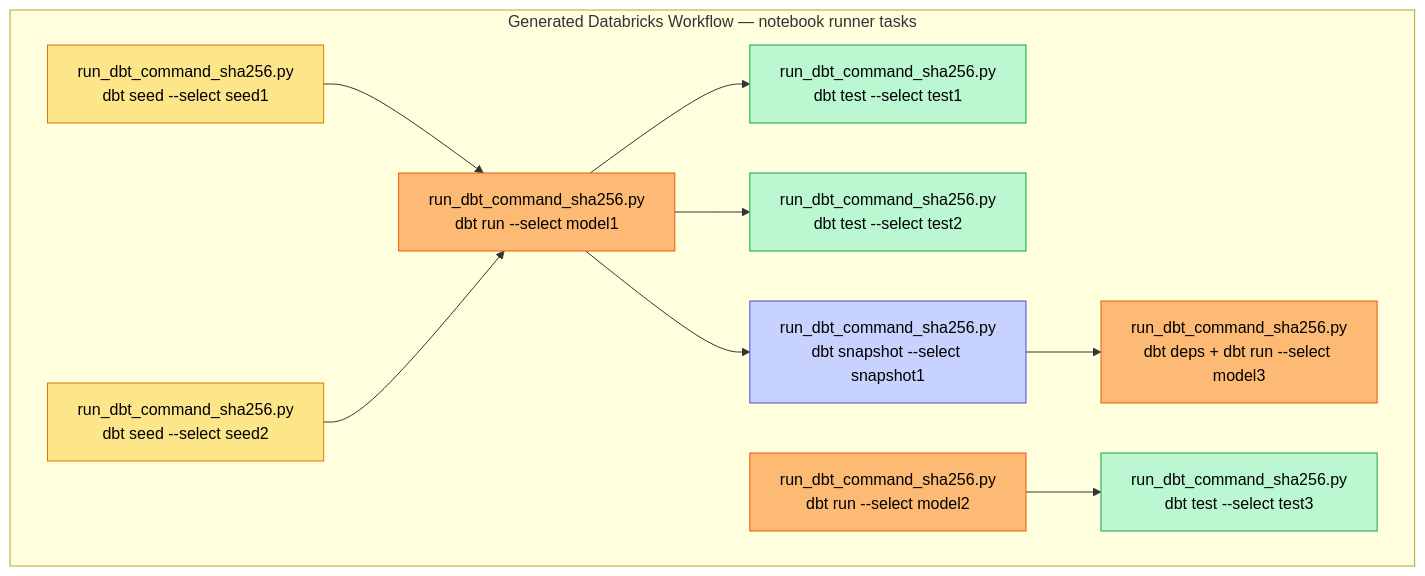
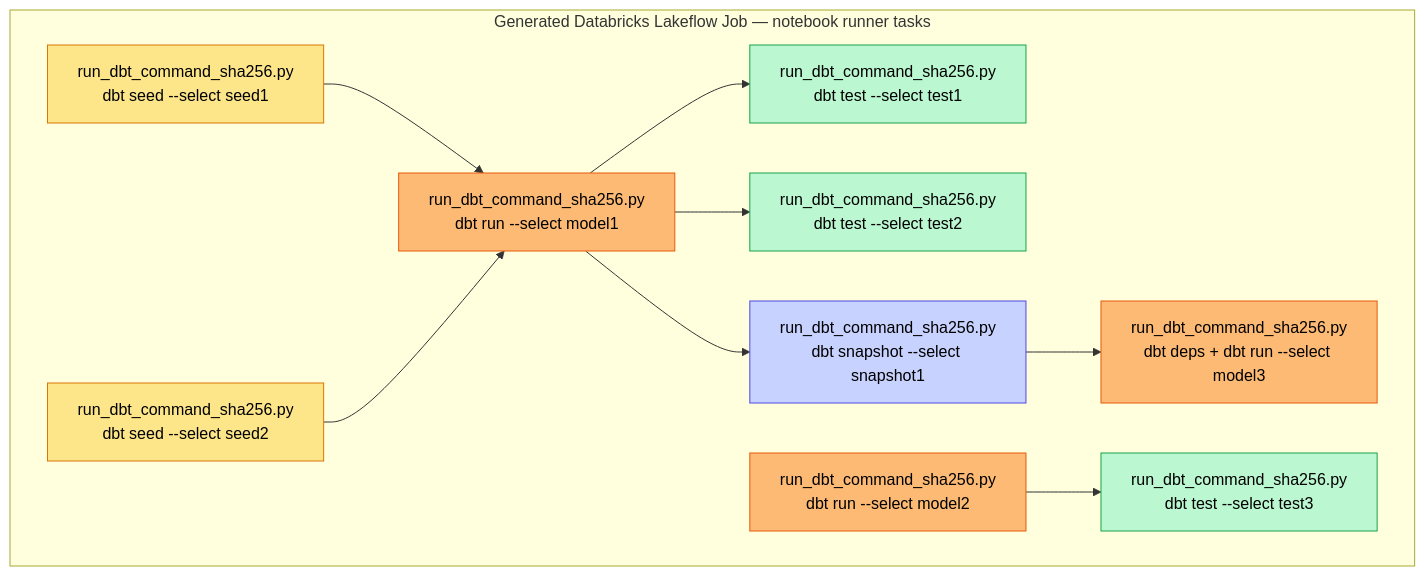
One commit to mwojtyczka/databricks-dbt-factory changed the fourth of 4 diagrams in README.md. Above: the diagram before and after it, drawn with Mermaid. The commit also changed other lines of this file and 4 other files, not shown here.

````diff
--- a/README.md
+++ b/README.md
@@ -126,23 +126,23 @@
 ```mermaid
 flowchart LR
-    subgraph workflow["Generated Databricks Workflow — notebook runner tasks"]
+    subgraph workflow["Generated Databricks Lakeflow Job — notebook runner tasks"]
         direction LR
         seed1["run_dbt_command_sha256.py<br/>dbt seed --select seed1"] --> model1["run_dbt_command_sha256.py<br/>dbt run --select model1"]
         seed2["run_dbt_command_sha256.py<br/>dbt seed --select seed2"] --> model1
         model1 --> test1["run_dbt_command_sha256.py<br/>dbt test --select test1"]
         model1 --> test2["run_dbt_command_sha256.py<br/>dbt test --select test2"]
         model1 --> snap1["run_dbt_command_sha256.py<br/>dbt snapshot --select snapshot1"]
         snap1 --> model3["run_dbt_command_sha256.py<br/>dbt deps + dbt run --select model3"]
         model2["run_dbt_command_sha256.py<br/>dbt run --select model2"] --> test3["run_dbt_command_sha256.py<br/>dbt test --select test3"]
     end
 
     classDef seed fill:#fde68a,stroke:#d97706,color:#000
     classDef model fill:#fdba74,stroke:#ea580c,color:#000
     classDef test fill:#bbf7d0,stroke:#16a34a,color:#000
     classDef snapshot fill:#c7d2fe,stroke:#4f46e5,color:#000
 
     class seed1,seed2 seed
     class model1,model2,model3 model
     class test1,test2,test3 test
     class snap1 snapshot
 ```
````
